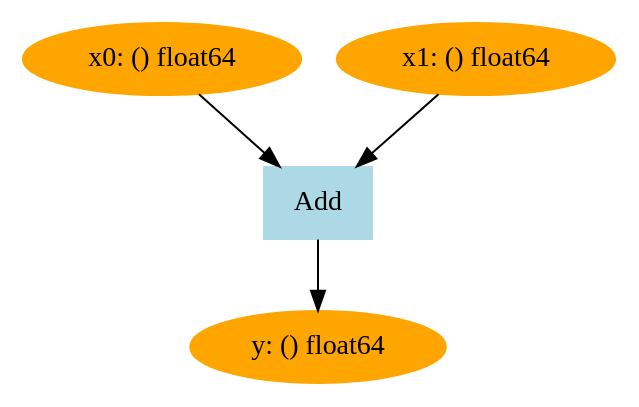
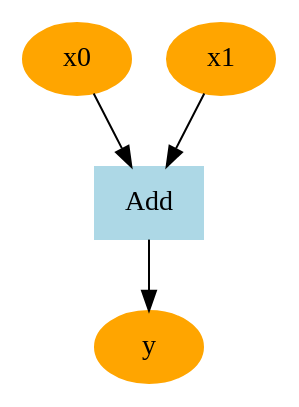
The diagram in steps/chap3/sample.dot (CHU1PC/pychu), drawn with Graphviz before and after one commit. The commit also changed 6 other files, not shown here.

```diff
--- a/steps/chap3/sample.dot
+++ b/steps/chap3/sample.dot
@@ -1,9 +1,9 @@
 digraph g{
-2042033957792 [label="y: () float64", color=orange, style=filled]
-2041358906096 [label="Add", color=lightblue, style=filled, shape=box]
-2041358905904 -> 2041358906096
-2042032844256 -> 2041358906096
-2041358906096 -> 2042033957792
-2041358905904 [label="x0: () float64", color=orange, style=filled]
-2042032844256 [label="x1: () float64", color=orange, style=filled]
+1923628549712 [label="y", color=orange, style=filled]
+1923628464272 [label="Add", color=lightblue, style=filled, shape=box]
+1923628462640 -> 1923628464272
+1923628462832 -> 1923628464272
+1923628464272 -> 1923628549712
+1923628462640 [label="x0", color=orange, style=filled]
+1923628462832 [label="x1", color=orange, style=filled]
 }
```
